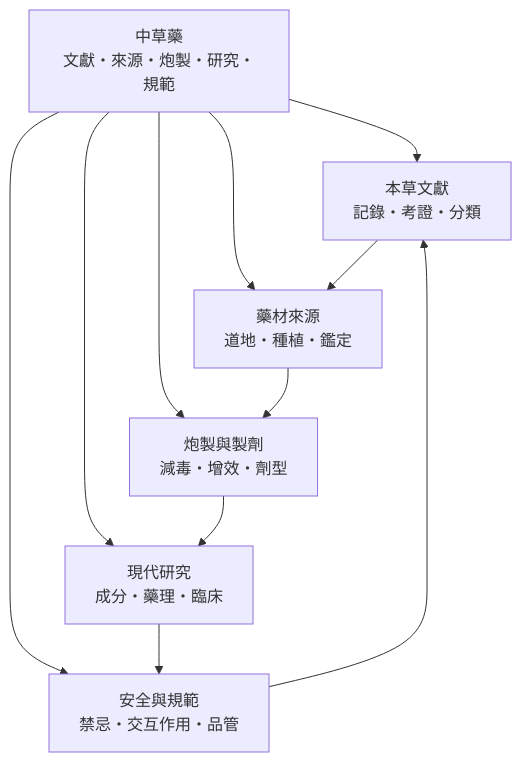
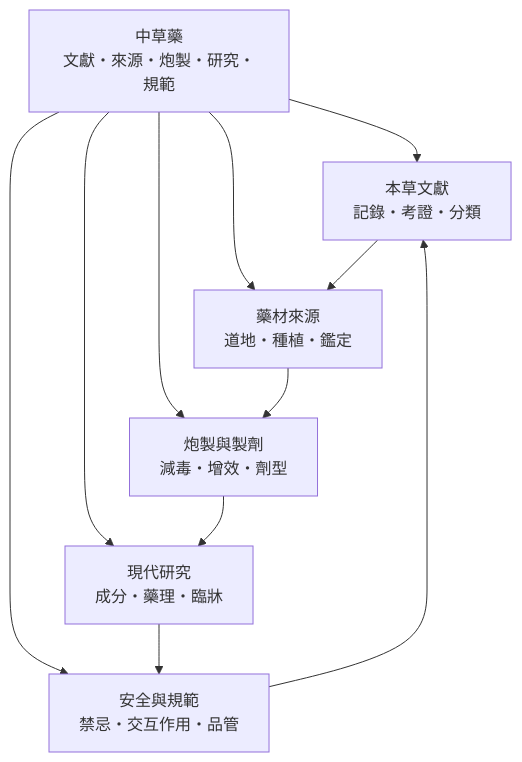
One commit to cccbook/markpedia changed the diagram in site2/科技/中草藥/中草藥.md. Above: the diagram before and after it, drawn with Mermaid. The commit also changed other lines of this file and 1417 other files, not shown here.

````diff
--- a/site2/科技/中草藥/中草藥.md
+++ b/site2/科技/中草藥/中草藥.md
@@ -39,13 +39,13 @@
 ```mermaid
 graph TD
     A["中草藥<br/>文獻・來源・炮製・研究・規範"] --> B["本草文獻<br/>記錄・考證・分類"]
     A --> C["藥材來源<br/>道地・種植・鑑定"]
     A --> D["炮製與製劑<br/>減毒・增效・劑型"]
-    A --> E["現代研究<br/>成分・藥理・臨床"]
+    A --> E["現代研究<br/>成分・藥理・臨牀"]
     A --> F["安全與規範<br/>禁忌・交互作用・品管"]
     B --> C
     C --> D
     D --> E
     E --> F
     F --> B
 ```
````
